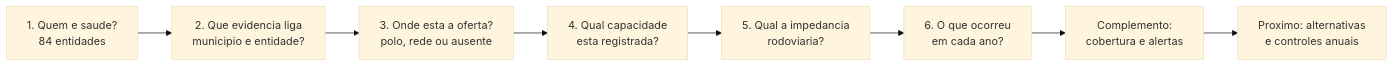
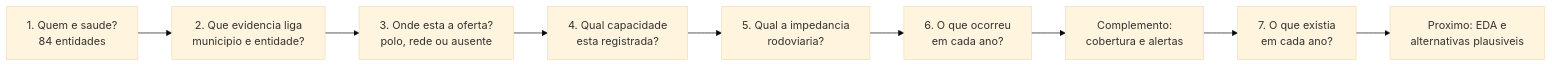
Before and after one commit to driano1221/consorcios-mg-dados-territorio: the first of 4 diagrams in analises/modelo_gravitacional_saude/LINHA_DO_TEMPO_PASSOS.md, drawn with Mermaid (base theme). The commit also changed other lines of this file and 10 other files, not shown here.

````diff
--- a/analises/modelo_gravitacional_saude/LINHA_DO_TEMPO_PASSOS.md
+++ b/analises/modelo_gravitacional_saude/LINHA_DO_TEMPO_PASSOS.md
@@ -8,10 +8,11 @@
 ```mermaid
 flowchart LR
   P1["1. Quem e saude?<br/>84 entidades"] --> P2["2. Que evidencia liga<br/>municipio e entidade?"]
   P2 --> P3["3. Onde esta a oferta?<br/>polo, rede ou ausente"]
   P3 --> P4["4. Qual capacidade<br/>esta registrada?"]
   P4 --> P5["5. Qual a impedancia<br/>rodoviaria?"]
   P5 --> P6["6. O que ocorreu<br/>em cada ano?"]
   P6 --> PC["Complemento:<br/>cobertura e alertas"]
-  PC --> P7["Proximo: alternativas<br/>e controles anuais"]
+  PC --> P7["7. O que existia<br/>em cada ano?"]
+  P7 --> P8["Proximo: EDA e<br/>alternativas plausiveis"]
 ```
````
